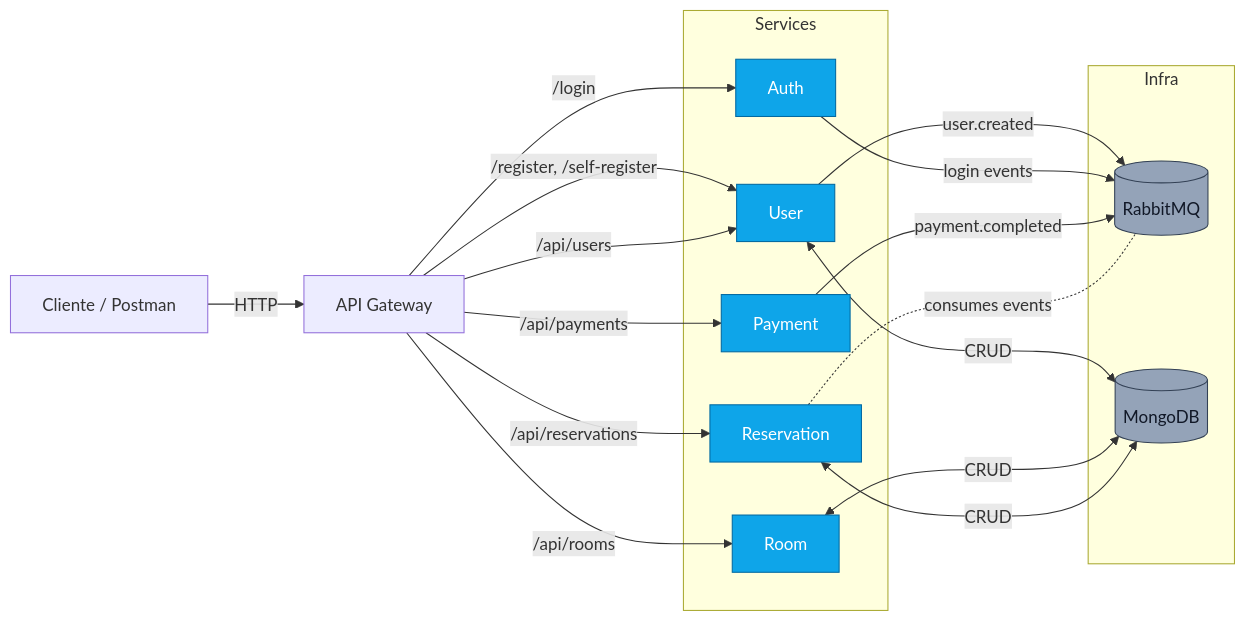
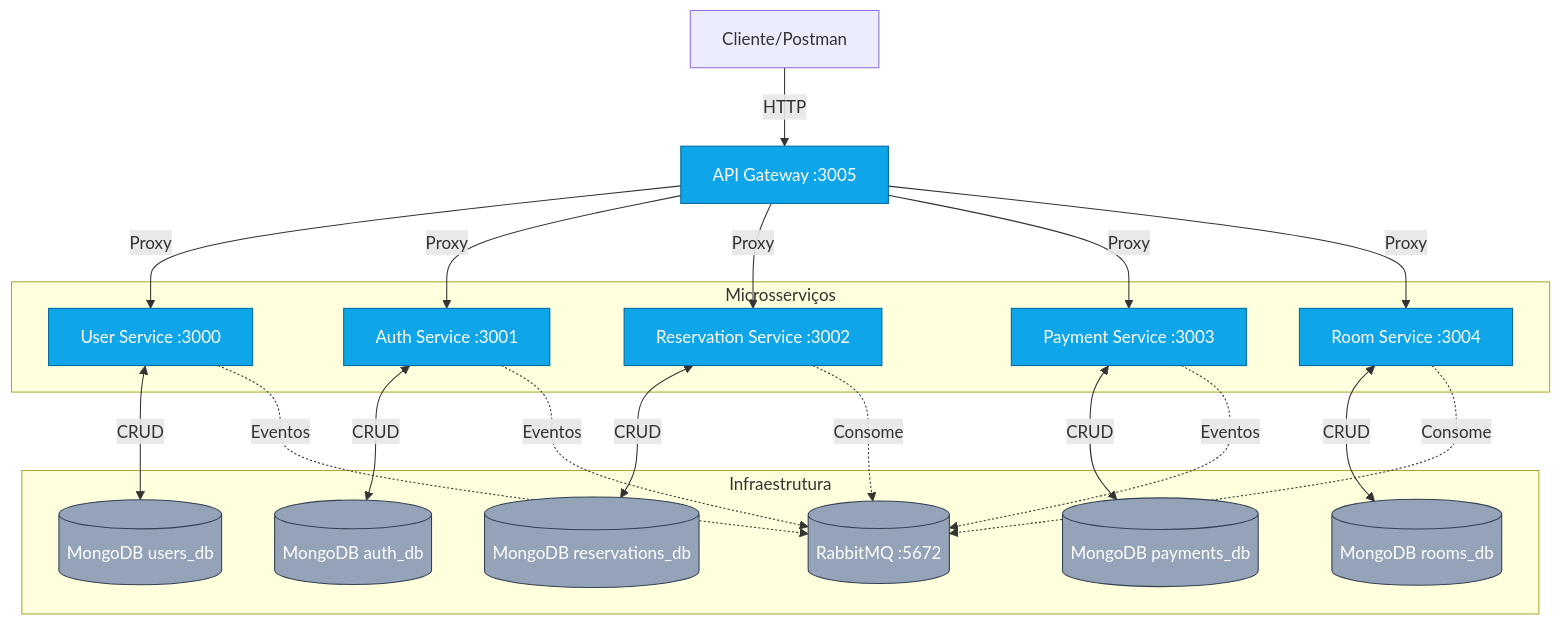
One commit to nathalia-acordi/hotel-management-system changed the diagram in README.md. Above: the diagram before and after it, drawn with Mermaid. The commit also changed other lines of this file, not shown here.

````diff
--- a/README.md
+++ b/README.md
@@ -143,38 +58,45 @@
 ```mermaid
-graph LR
-  A[Cliente / Postman] -->|HTTP| G[API Gateway]
-
-  subgraph Services
-    U[User]
-    AU[Auth]
-    R[Room]
-    RS[Reservation]
-    P[Payment]
-  end
-
-  G -->|/register, /self-register| U
-  G -->|/login| AU
-  G -->|/api/users| U
-  G -->|/api/rooms| R
-  G -->|/api/reservations| RS
-  G -->|/api/payments| P
-
-  subgraph Infra
-    MQ[(RabbitMQ)]
-    DB[(MongoDB)]
-  end
-
-  U <-->|CRUD| DB
-  R <-->|CRUD| DB
-  RS <-->|CRUD| DB
-
-  U -- user.created --> MQ
-  AU -- login events --> MQ
-  P -- payment.completed --> MQ
-  RS -.consumes events.- MQ
-
-  classDef svc fill:#0ea5e9,stroke:#0369a1,color:#fff;
-  classDef infra fill:#94a3b8,stroke:#334155,color:#111827;
-  class U,AU,R,RS,P svc;
-  class MQ,DB infra;
+graph TB
+    Client[Cliente/Postman] -->|HTTP| Gateway[API Gateway :3005]
+    
+    subgraph Microsserviços
+        User[User Service :3000]
+        Auth[Auth Service :3001]
+        Reservation[Reservation Service :3002]
+        Payment[Payment Service :3003]
+        Room[Room Service :3004]
+    end
+    
+    subgraph Infraestrutura
+        RMQ[(RabbitMQ :5672)]
+        DB_User[(MongoDB users_db)]
+        DB_Auth[(MongoDB auth_db)]
+        DB_Reservation[(MongoDB reservations_db)]
+        DB_Payment[(MongoDB payments_db)]
+        DB_Room[(MongoDB rooms_db)]
+    end
+    
+    Gateway -->|Proxy| User
+    Gateway -->|Proxy| Auth
+    Gateway -->|Proxy| Reservation
+    Gateway -->|Proxy| Payment
+    Gateway -->|Proxy| Room
+    
+    User <-->|CRUD| DB_User
+    Auth <-->|CRUD| DB_Auth
+    Reservation <-->|CRUD| DB_Reservation
+    Payment <-->|CRUD| DB_Payment
+    Room <-->|CRUD| DB_Room
+    
+    User -.->|Eventos| RMQ
+    Auth -.->|Eventos| RMQ
+    Payment -.->|Eventos| RMQ
+    Reservation -.->|Consome| RMQ
+    Room -.->|Consome| RMQ
+    
+    classDef service fill:#0ea5e9,stroke:#0369a1,color:#fff
+    classDef infra fill:#94a3b8,stroke:#334155,color:#fff
+    
+    class User,Auth,Reservation,Payment,Room,Gateway service
+    class RMQ,DB_User,DB_Auth,DB_Reservation,DB_Payment,DB_Room infra
 ```
````
